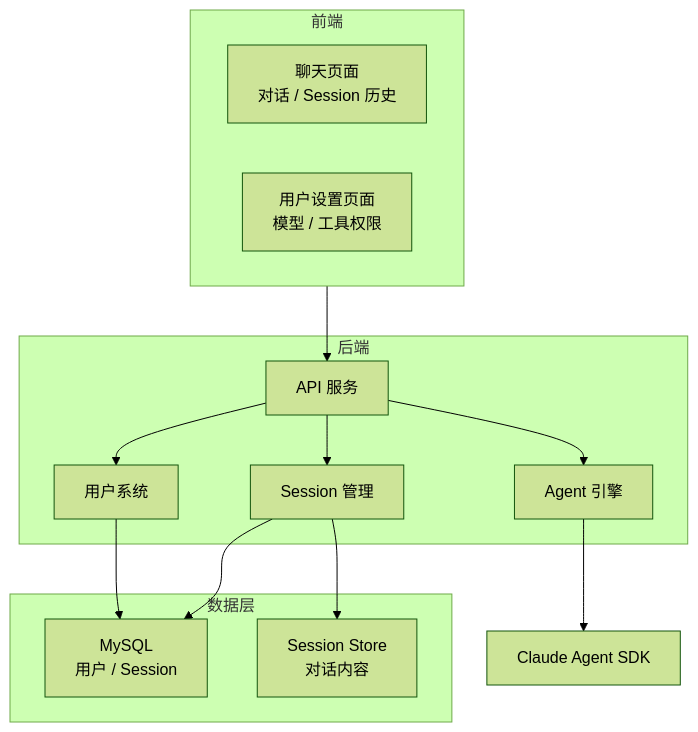
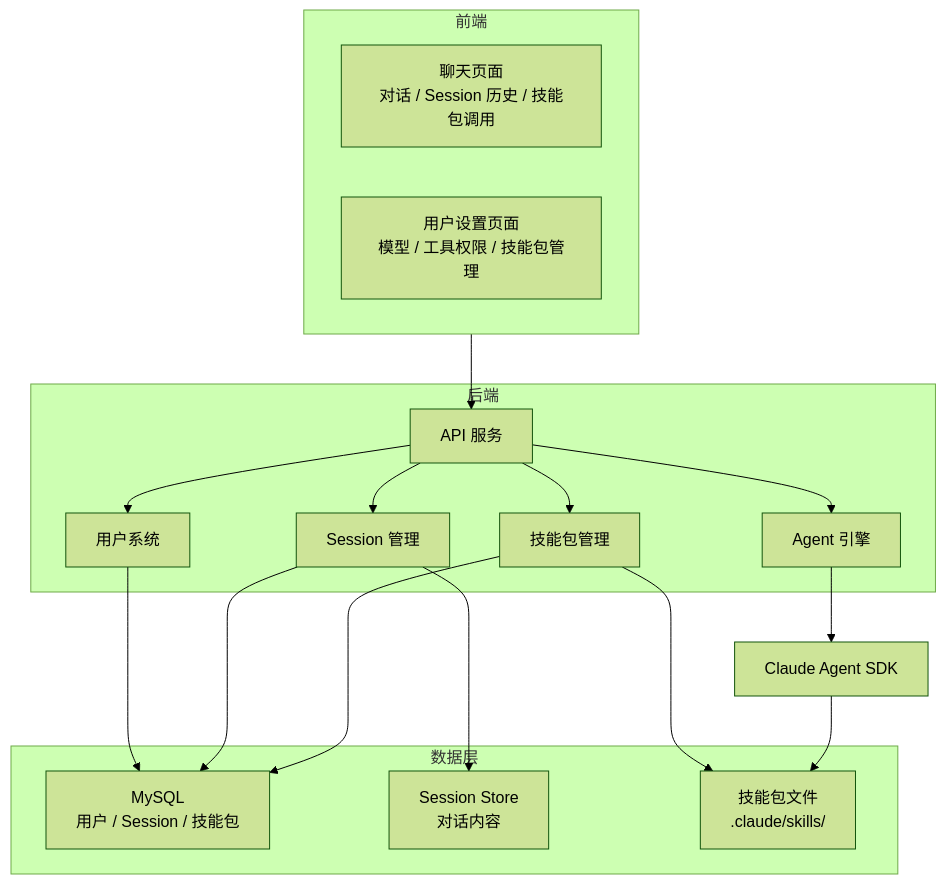
The first of 11 diagrams in agent/agent_project_design.md (xiaocaipi/mm-doc), drawn with Mermaid (forest theme) before and after one commit. The commit also changed other lines of this file, not shown here.

````diff
--- a/agent/agent_project_design.md
+++ b/agent/agent_project_design.md
@@ -67,28 +69,34 @@
 ```mermaid
 graph TB
     subgraph FRONTEND["前端"]
-        CHAT["聊天页面<br/>对话 / Session 历史"]
-        SETTINGS["用户设置页面<br/>模型 / 工具权限"]
+        CHAT["聊天页面<br/>对话 / Session 历史 / 技能包调用"]
+        SETTINGS["用户设置页面<br/>模型 / 工具权限 / 技能包管理"]
     end
 
     subgraph BACKEND["后端"]
         API["API 服务"]
         USER["用户系统"]
         SESSION["Session 管理"]
         AGENT["Agent 引擎"]
+        SKILLS["技能包管理"]
     end
 
     subgraph DATABASE["数据层"]
-        DB["MySQL<br/>用户 / Session"]
+        DB["MySQL<br/>用户 / Session / 技能包"]
         STORE["Session Store<br/>对话内容"]
+        SKILL_FILES["技能包文件<br/>.claude/skills/"]
     end
 
     FRONTEND --> API
     API --> USER
     API --> SESSION
     API --> AGENT
+    API --> SKILLS
     USER --> DB
     SESSION --> DB
     SESSION --> STORE
+    SKILLS --> DB
+    SKILLS --> SKILL_FILES
     AGENT --> SDK["Claude Agent SDK"]
+    SDK --> SKILL_FILES
 ```
````
